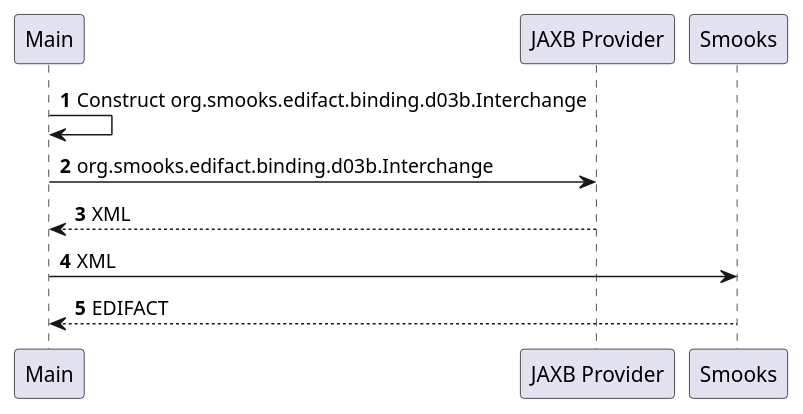
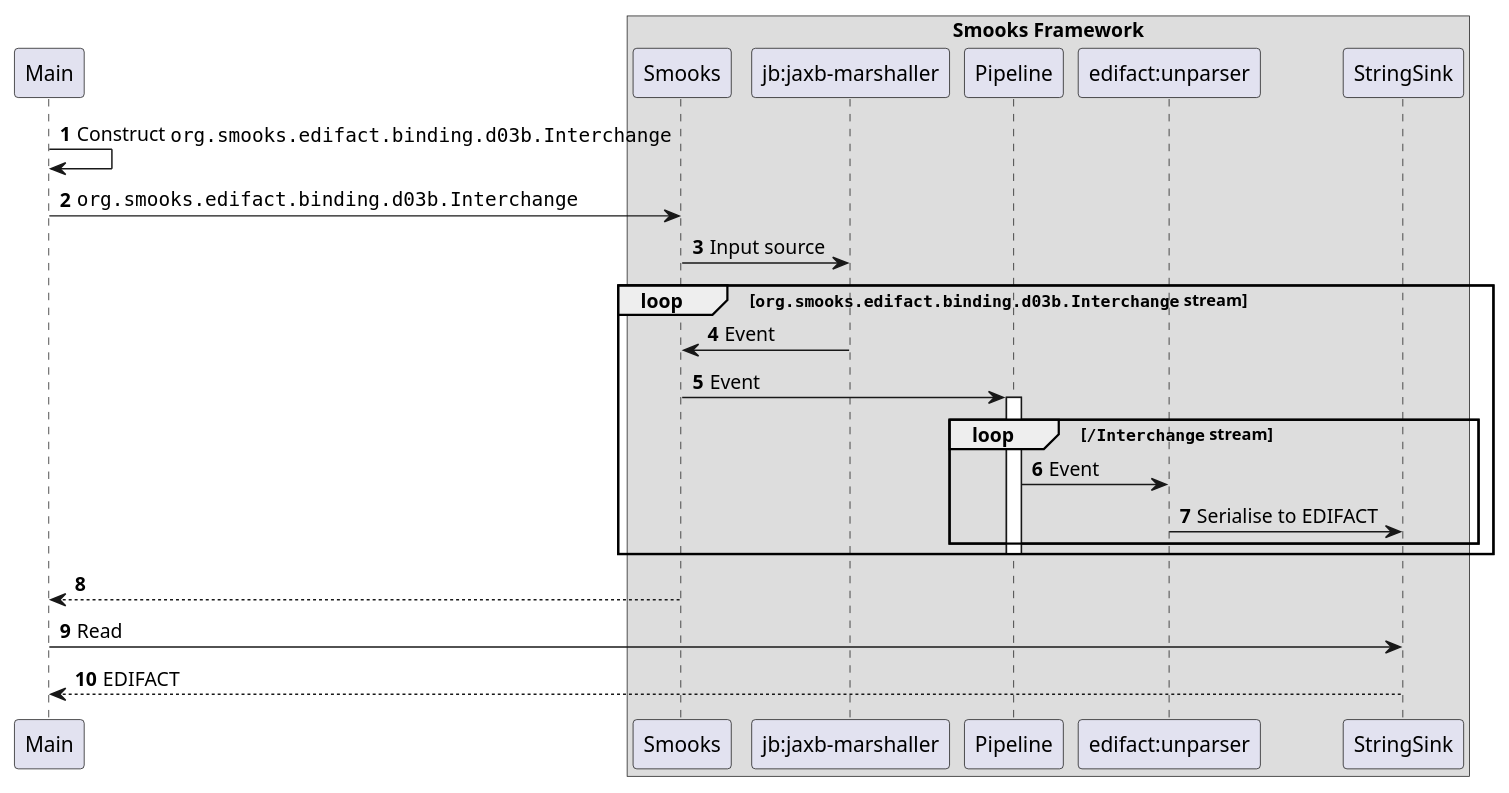
One commit to smooks/smooks-examples changed the diagram in java-to-edifact/docs/java-to-edifact.puml. Above: the diagram before and after it, drawn with PlantUML. The commit also changed 58 other files, not shown here.

Commit message:
refactor: rewrite edifact-to-java and java-to-edifact examples to use the new jaxb-unmarshaller and jaxb-marshaller resources (#517)

```diff
--- a/java-to-edifact/docs/java-to-edifact.puml
+++ b/java-to-edifact/docs/java-to-edifact.puml
@@ -1,9 +1,28 @@
 @startuml
+participant Main
+box Smooks Framework
+participant Smooks
+participant "jb:jaxb-marshaller"
+participant Pipeline
+participant "edifact:unparser"
+participant StringSink
+end box
 autonumber
 
-Main -> Main : Construct org.smooks.edifact.binding.d03b.Interchange
-Main -> "JAXB Provider": org.smooks.edifact.binding.d03b.Interchange
-Main <-- "JAXB Provider": XML
-Main -> Smooks: XML
-Main <-- Smooks: EDIFACT
+Main -> Main : Construct ""org.smooks.edifact.binding.d03b.Interchange""
+Main -> Smooks: ""org.smooks.edifact.binding.d03b.Interchange""
+Smooks -> "jb:jaxb-marshaller": Input source
+loop ""org.smooks.edifact.binding.d03b.Interchange"" stream
+    Smooks <- "jb:jaxb-marshaller": Event
+    Smooks -> Pipeline: Event
+    activate Pipeline
+    loop ""/Interchange"" stream
+        Pipeline -> "edifact:unparser": Event
+        StringSink <- "edifact:unparser": Serialise to EDIFACT
+    end
+    deactivate Pipeline
+end
+Smooks --> Main
+Main -> StringSink: Read
+StringSink --> Main: EDIFACT
 @enduml
```
